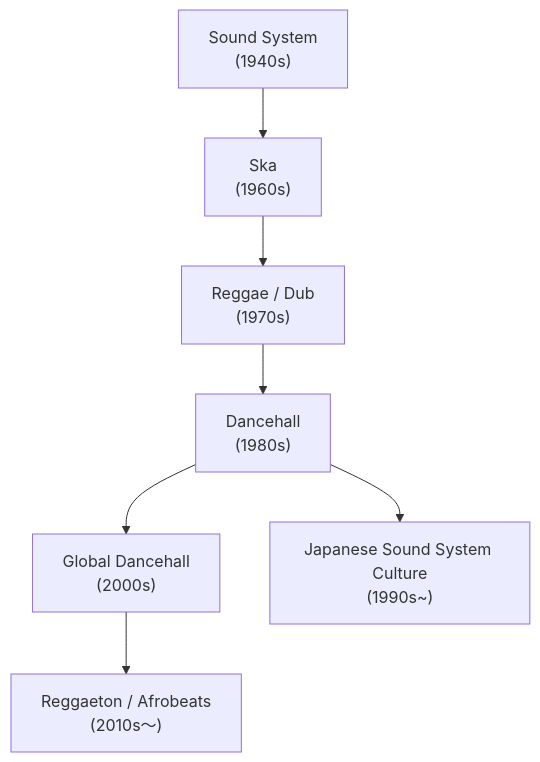
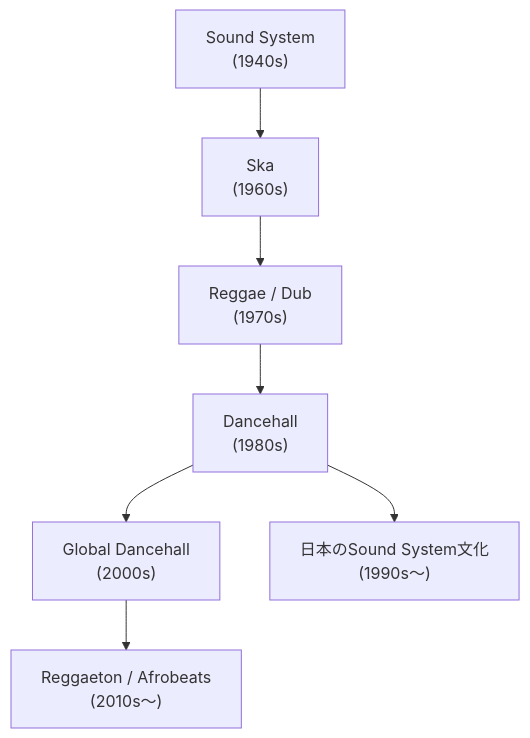
Before and after one commit to monumental-movement/monumental-movement.github.io: the first of 4 diagrams in en/_posts/2025-11-05-column-dancehall.md, drawn with Mermaid. The commit also changed other lines of this file and 775 other files, not shown here.

```diff
--- a/en/_posts/2025-11-05-column-dancehall.md
+++ b/en/_posts/2025-11-05-column-dancehall.md
@@ -181,11 +181,11 @@
 <div class="mermaid">
 
 graph TD
 A["Sound System\n(1940s)"] --> B["Ska\n(1960s)"]
 B --> C["Reggae / Dub\n(1970s)"]
 C --> D["Dancehall\n(1980s)"]
 D --> E["Global Dancehall\n(2000s)"]
 E --> F["Reggaeton / Afrobeats\n(2010s〜)"]
-D --> G["Japanese Sound System Culture\n(1990s~)"]
+D --> G["日本のSound System文化\n(1990s〜)"]
 
 </div>
```
